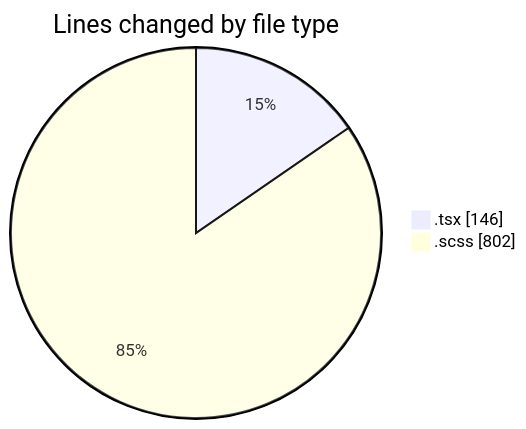
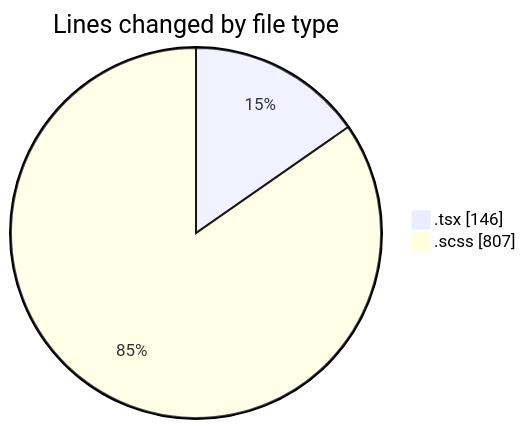
One commit to momahboobian/code-tracking changed the first of 2 diagrams in 2026-03-25/cda/README.md. Above: the diagram before and after it, drawn with Mermaid. The commit also changed other lines of this file and 1 other file, not shown here.

````diff
--- a/2026-03-25/cda/README.md
+++ b/2026-03-25/cda/README.md
@@ -21,6 +21,6 @@
 ```mermaid
 pie showData
 title Lines changed by file type
 ".tsx" : 146
-".scss" : 802
+".scss" : 807
 ```
````
